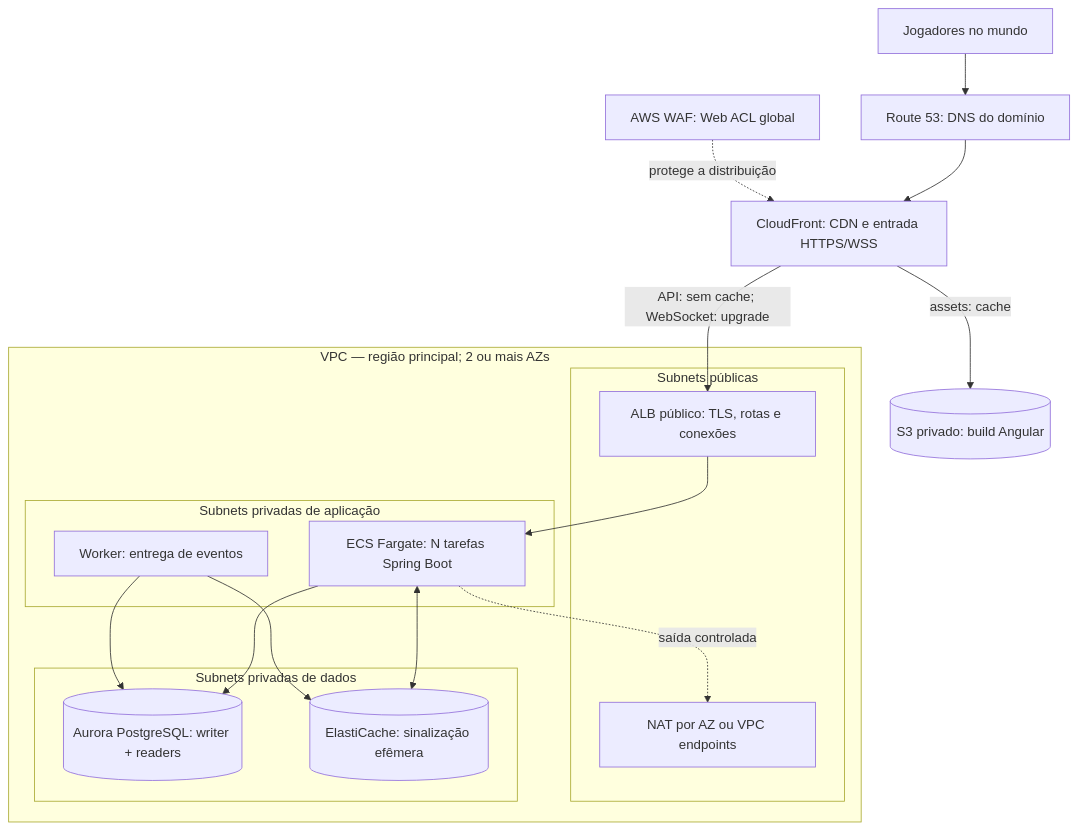
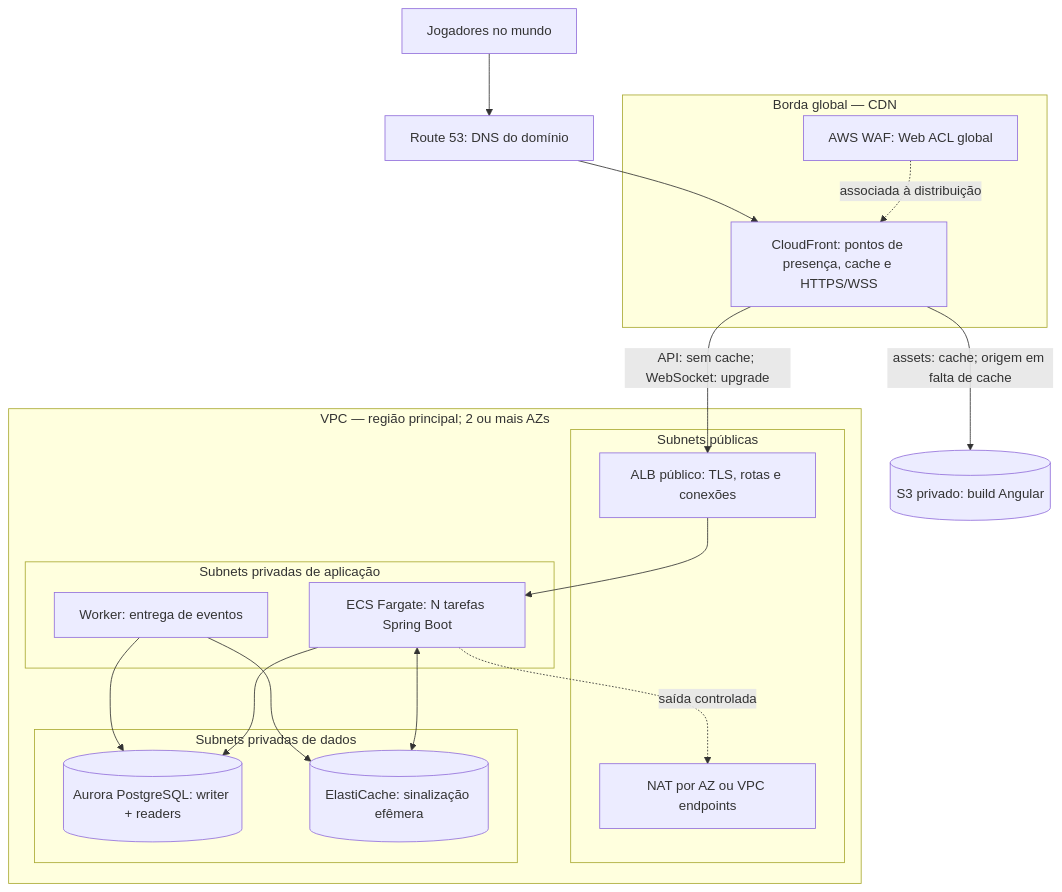
Before and after one commit to ralvesper/checkers-aws: the first of 3 diagrams in docs/diagrams/aws-deployment-global.md, drawn with Mermaid. The commit also changed other lines of this file, not shown here.

Commit message:
docs: destacar camada CDN na arquitetura global

````diff
--- a/docs/diagrams/aws-deployment-global.md
+++ b/docs/diagrams/aws-deployment-global.md
@@ -7,33 +7,35 @@
 ```mermaid
 flowchart TB
     U["Jogadores no mundo"]
     DNS["Route 53: DNS do domínio"]
-    EDGE["CloudFront: CDN e entrada HTTPS/WSS"]
-    WAF["AWS WAF: Web ACL global"]
+    subgraph CDN["Borda global — CDN"]
+        EDGE["CloudFront: pontos de presença, cache e HTTPS/WSS"]
+        WAF["AWS WAF: Web ACL global"]
+        WAF -. "associada à distribuição" .-> EDGE
+    end
     S3[("S3 privado: build Angular")]
     U --> DNS --> EDGE
-    WAF -. "protege a distribuição" .-> EDGE
-    EDGE -->|"assets: cache"| S3
+    EDGE -->|"assets: cache; origem em falta de cache"| S3
     EDGE -->|"API: sem cache; WebSocket: upgrade"| ALB
 
     subgraph VPC["VPC — região principal; 2 ou mais AZs"]
         subgraph PUBLIC["Subnets públicas"]
             ALB["ALB público: TLS, rotas e conexões"]
             NAT["NAT por AZ ou VPC endpoints"]
         end
         subgraph APPLICATION["Subnets privadas de aplicação"]
             ECS["ECS Fargate: N tarefas Spring Boot"]
             RELAY["Worker: entrega de eventos"]
         end
         subgraph DATA["Subnets privadas de dados"]
             AURORA[("Aurora PostgreSQL: writer + readers")]
             REDIS[("ElastiCache: sinalização efêmera")]
         end
         ALB --> ECS
         ECS --> AURORA
         ECS <--> REDIS
         RELAY --> AURORA
         RELAY --> REDIS
         ECS -. "saída controlada" .-> NAT
     end
 ```
````
